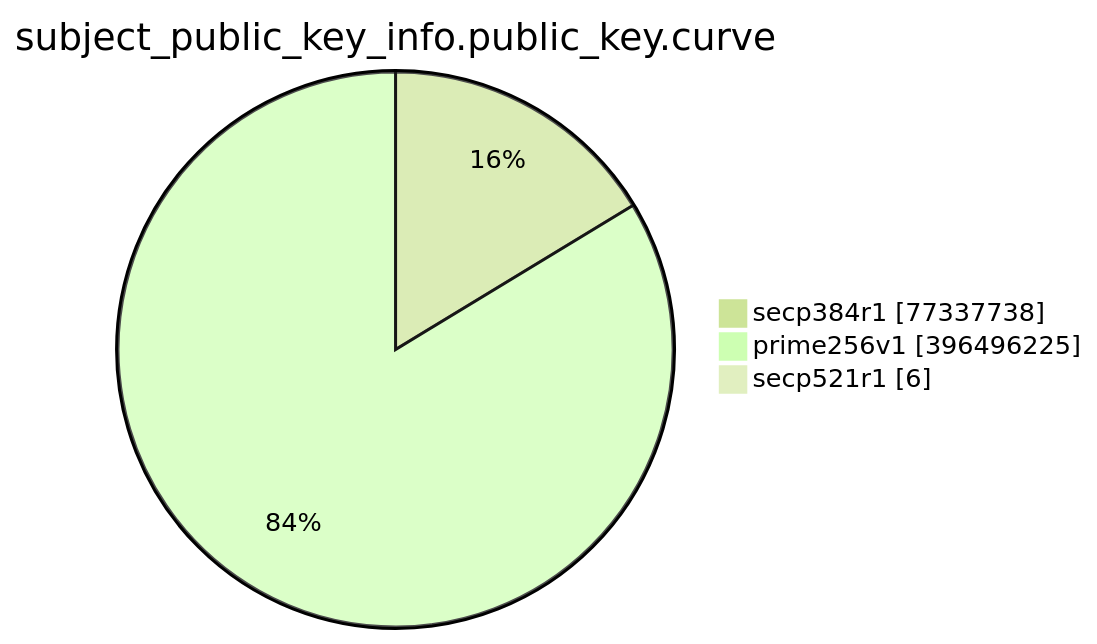
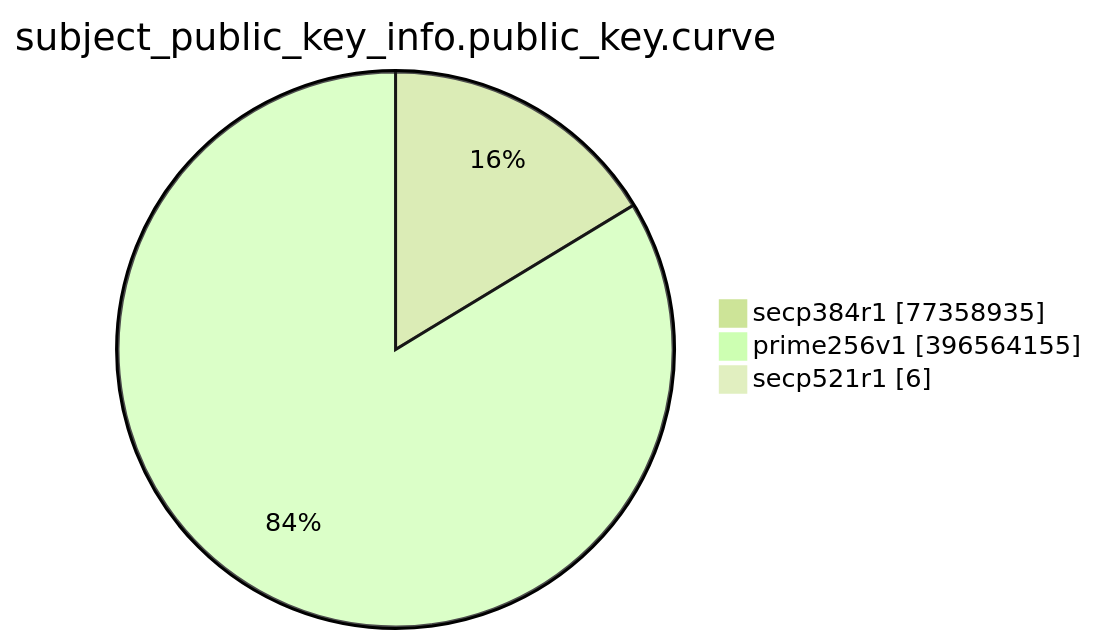
Before and after one commit to christiankrug/ctmonitor_visualization: the eighth of 15 diagrams in TOTAL/README.md, drawn with Mermaid (forest theme). The commit also changed other lines of this file, not shown here.

````diff
--- a/TOTAL/README.md
+++ b/TOTAL/README.md
@@ -3095,7 +3095,7 @@
 ```mermaid
 pie showData
 title subject_public_key_info.public_key.curve
-"secp384r1" :77337738
-"prime256v1" :396496225
+"secp384r1" :77358935
+"prime256v1" :396564155
 "secp521r1" :6
 ```
````
